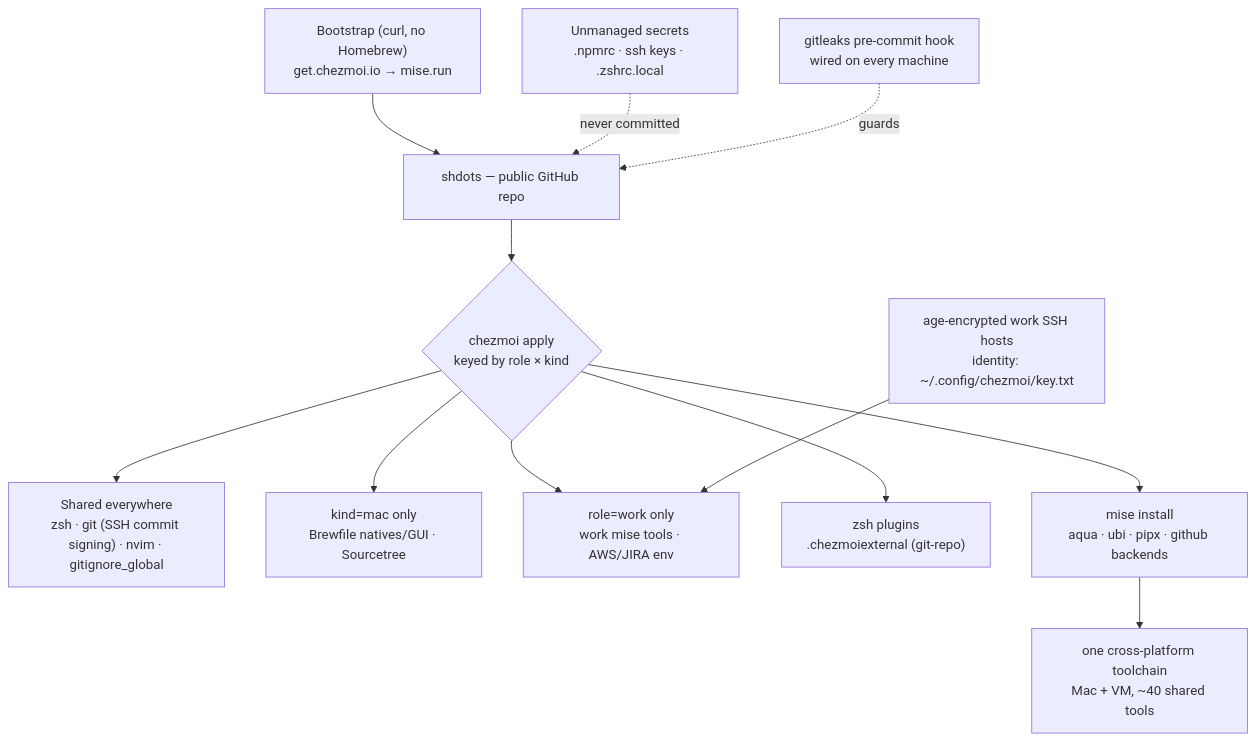
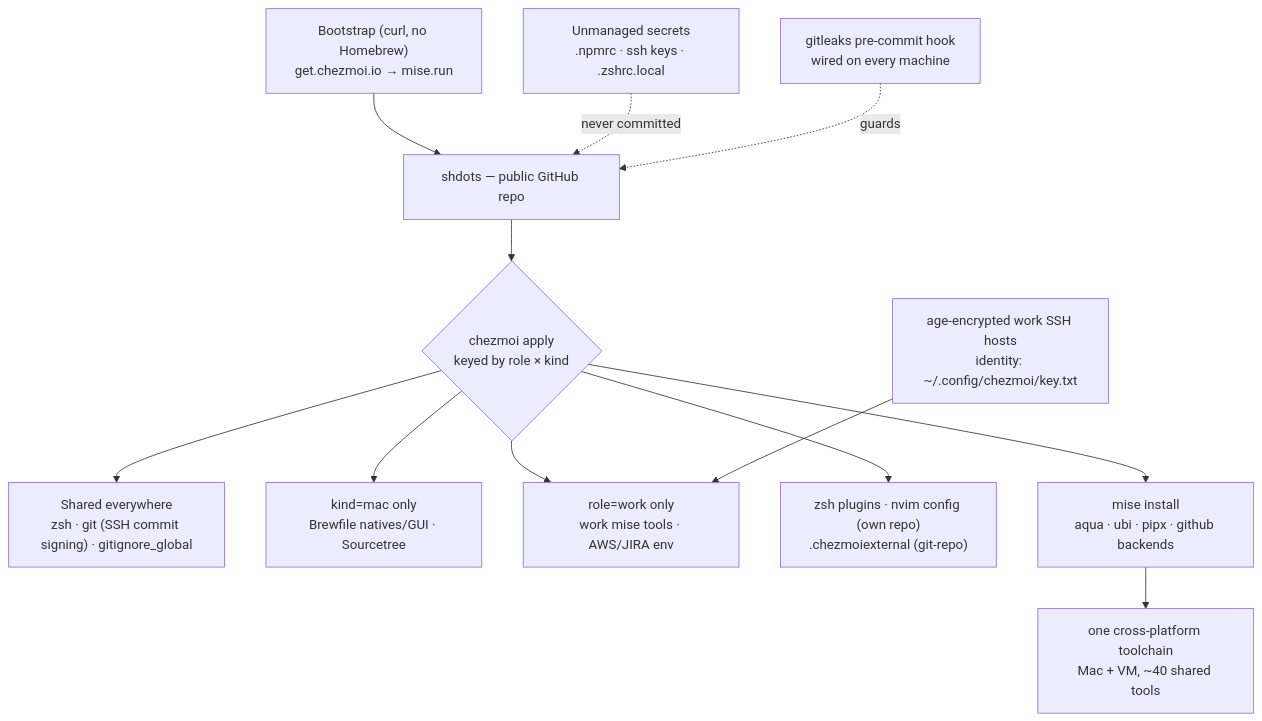
One commit to shahwan42/shdots changed the second of 2 diagrams in README.md. Above: the diagram before and after it, drawn with Mermaid. The commit also changed other lines of this file and 23 other files, not shown here.

First line of the commit message:
Move nvim config to its own repo; kitty split; manage AGENTS.md; tidy provision/

````diff
--- a/README.md
+++ b/README.md
@@ -129,19 +131,19 @@
 ```mermaid
 flowchart TB
   bootstrap["Bootstrap (curl, no Homebrew)<br/>get.chezmoi.io → mise.run"]
   repo["shdots — public GitHub repo"]
   bootstrap --> repo
   repo --> chezmoi{"chezmoi apply<br/>keyed by role × kind"}
 
-  chezmoi --> shared["Shared everywhere<br/>zsh · git (SSH commit signing) · nvim · gitignore_global"]
+  chezmoi --> shared["Shared everywhere<br/>zsh · git (SSH commit signing) · gitignore_global"]
   chezmoi --> mac["kind=mac only<br/>Brewfile natives/GUI · Sourcetree"]
   chezmoi --> work["role=work only<br/>work mise tools · AWS/JIRA env"]
 
-  chezmoi --> ext["zsh plugins<br/>.chezmoiexternal (git-repo)"]
+  chezmoi --> ext["zsh plugins · nvim config (own repo)<br/>.chezmoiexternal (git-repo)"]
   chezmoi --> mise["mise install<br/>aqua · ubi · pipx · github backends"]
   mise --> tools["one cross-platform toolchain<br/>Mac + VM, ~40 shared tools"]
 
   age["age-encrypted work SSH hosts<br/>identity: ~/.config/chezmoi/key.txt"] --> work
   secrets["Unmanaged secrets<br/>.npmrc · ssh keys · .zshrc.local"] -.->|never committed| repo
   hook["gitleaks pre-commit hook<br/>wired on every machine"] -.->|guards| repo
 ```
````
